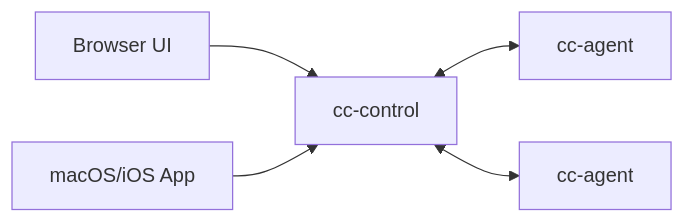
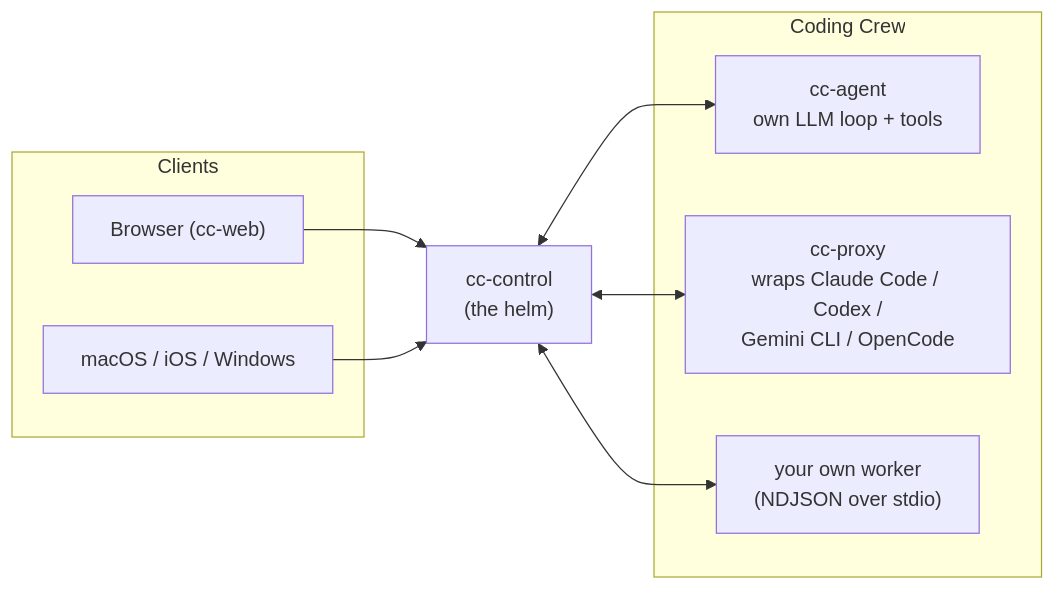
Before and after one commit to xuzhougeng/agent-control: the diagram in README.md, drawn with Mermaid. The commit also changed other lines of this file, not shown here.

First line of the commit message:
docs(readme): rewrite around cc-agent quickstart and Coding Crew architecture

````diff
--- a/README.md
+++ b/README.md
@@ -9,7 +18,18 @@
 ```mermaid
 flowchart LR
-    Browser["Browser UI"] --> CC["cc-control"]
-    App["macOS/iOS App"] --> CC
-    CC <--> A1["cc-agent"]
-    CC <--> A2["cc-agent"]
+    subgraph Clients["Clients"]
+        Web["Browser (cc-web)"]
+        Native["macOS / iOS / Windows"]
+    end
+    Helm["cc-control<br/>(the helm)"]
+    subgraph Crew["Coding Crew"]
+        Agent["cc-agent<br/>own LLM loop + tools"]
+        Proxy["cc-proxy<br/>wraps Claude Code / Codex /<br/>Gemini CLI / OpenCode"]
+        Custom["your own worker<br/>(NDJSON over stdio)"]
+    end
+    Web --> Helm
+    Native --> Helm
+    Helm <--> Agent
+    Helm <--> Proxy
+    Helm <--> Custom
 ```
````
